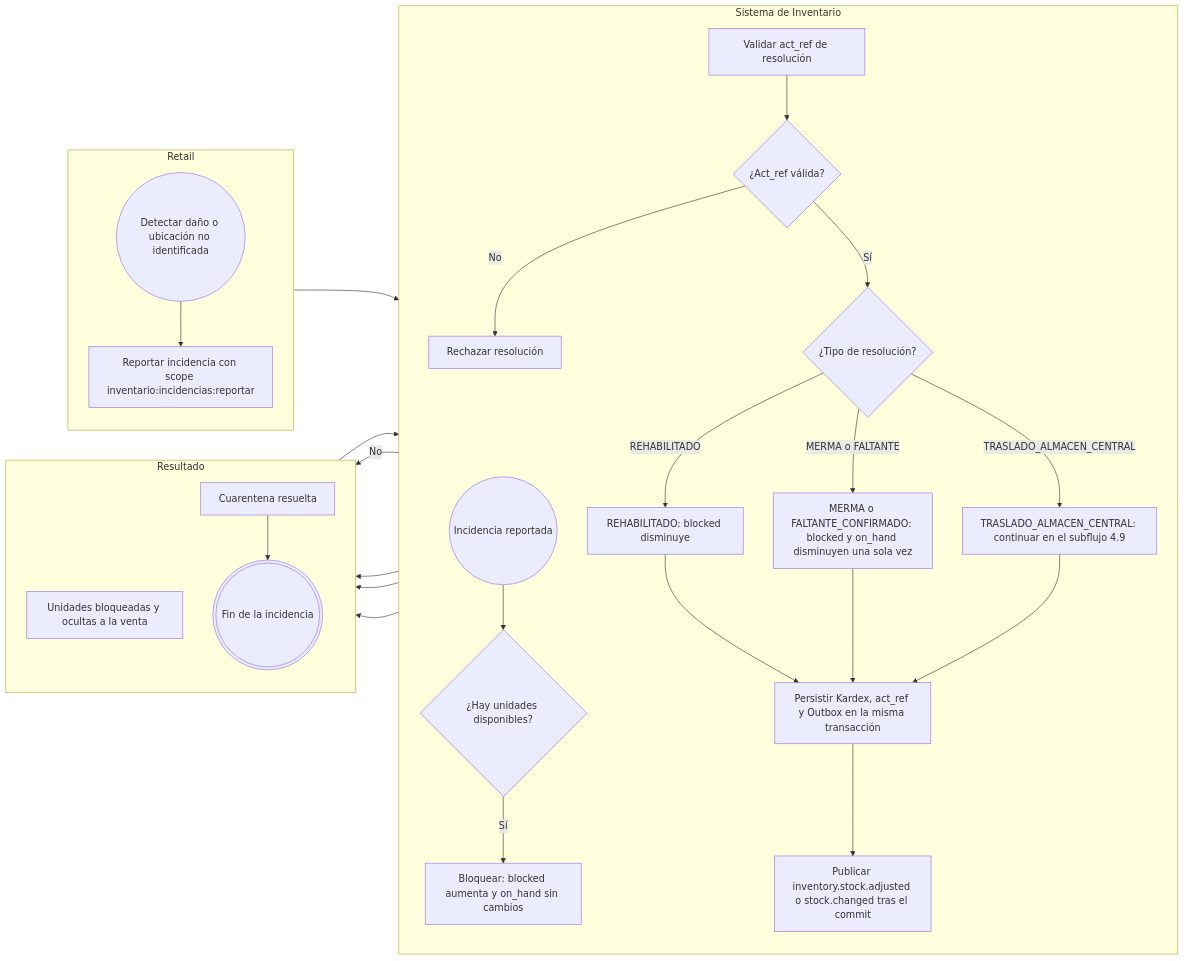
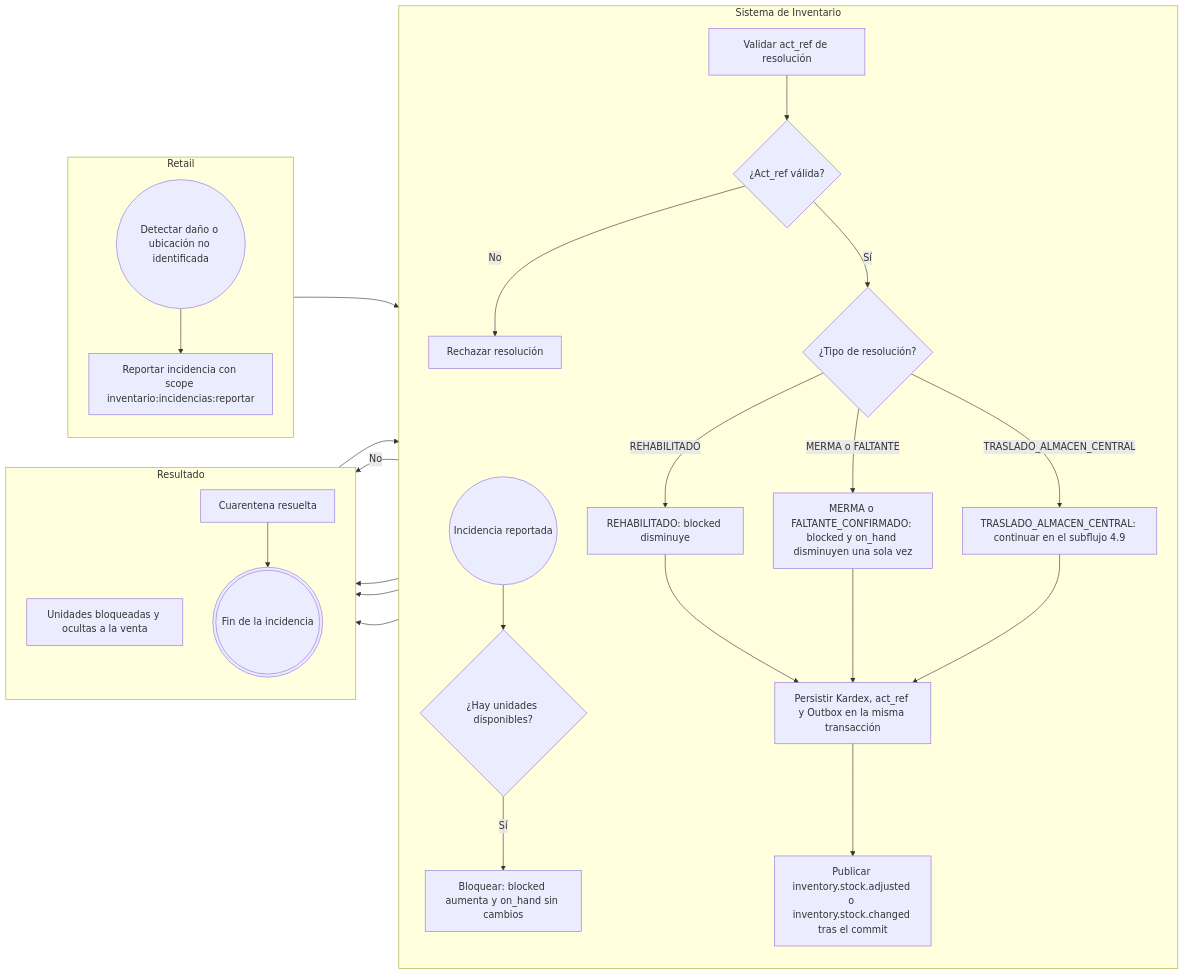
The sixth of 10 diagrams in flujos/FLOW-015-control-stock-disponibilidad.md (Taller-SW-Web/G6-Productos-Ofertas-docs), drawn with Mermaid before and after one commit. The commit also changed other lines of this file and 6 other files, not shown here.

````diff
--- a/flujos/FLOW-015-control-stock-disponibilidad.md
+++ b/flujos/FLOW-015-control-stock-disponibilidad.md
@@ -304,52 +304,52 @@
 ```mermaid
 flowchart LR
     subgraph RET["Retail"]
         direction TB
         INICIO((Detectar daño o ubicación no identificada))
         A1["Reportar incidencia con scope inventario:incidencias:reportar"]
     end
 
     subgraph INV["Sistema de Inventario"]
         direction TB
         E1(("Incidencia reportada"))
         D1{"¿Hay unidades disponibles?"}
         A2["Bloquear: blocked aumenta y on_hand sin cambios"]
         A3["Validar act_ref de resolución"]
         D3{"¿Act_ref válida?"}
         A4["Rechazar resolución"]
         D2{"¿Tipo de resolución?"}
         A5["REHABILITADO: blocked disminuye"]
         A6["MERMA o FALTANTE_CONFIRMADO: blocked y on_hand disminuyen una sola vez"]
         A7["TRASLADO_ALMACEN_CENTRAL: continuar en el subflujo 4.9"]
         A8["Persistir Kardex, act_ref y Outbox en la misma transacción"]
-        A9["Publicar inventory.stock.adjusted o stock.changed tras el commit"]
+        A9["Publicar inventory.stock.adjusted o inventory.stock.changed tras el commit"]
     end
 
     subgraph RES["Resultado"]
         direction TB
         B1["Unidades bloqueadas y ocultas a la venta"]
         B2["Cuarentena resuelta"]
         FIN(((Fin de la incidencia)))
     end
 
     INICIO --> A1
     A1 --> E1
     E1 --> D1
     D1 -->|"No"| FIN
     D1 -->|"Sí"| A2
     A2 --> B1
     B1 --> A3
     A3 --> D3
     D3 -->|"No"| A4
     D3 -->|"Sí"| D2
     A4 --> FIN
     D2 -->|"REHABILITADO"| A5
     D2 -->|"MERMA o FALTANTE"| A6
     D2 -->|"TRASLADO_ALMACEN_CENTRAL"| A7
     A5 --> A8
     A6 --> A8
     A7 --> A8
     A8 --> A9
     A9 --> B2
     B2 --> FIN
 ```
````
